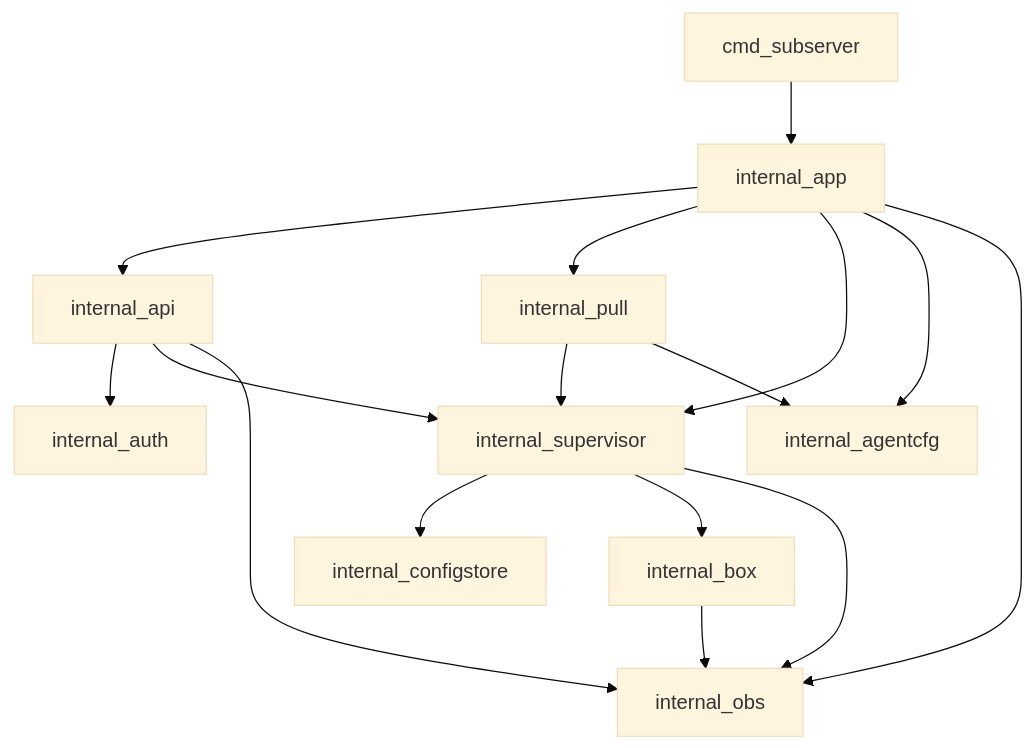
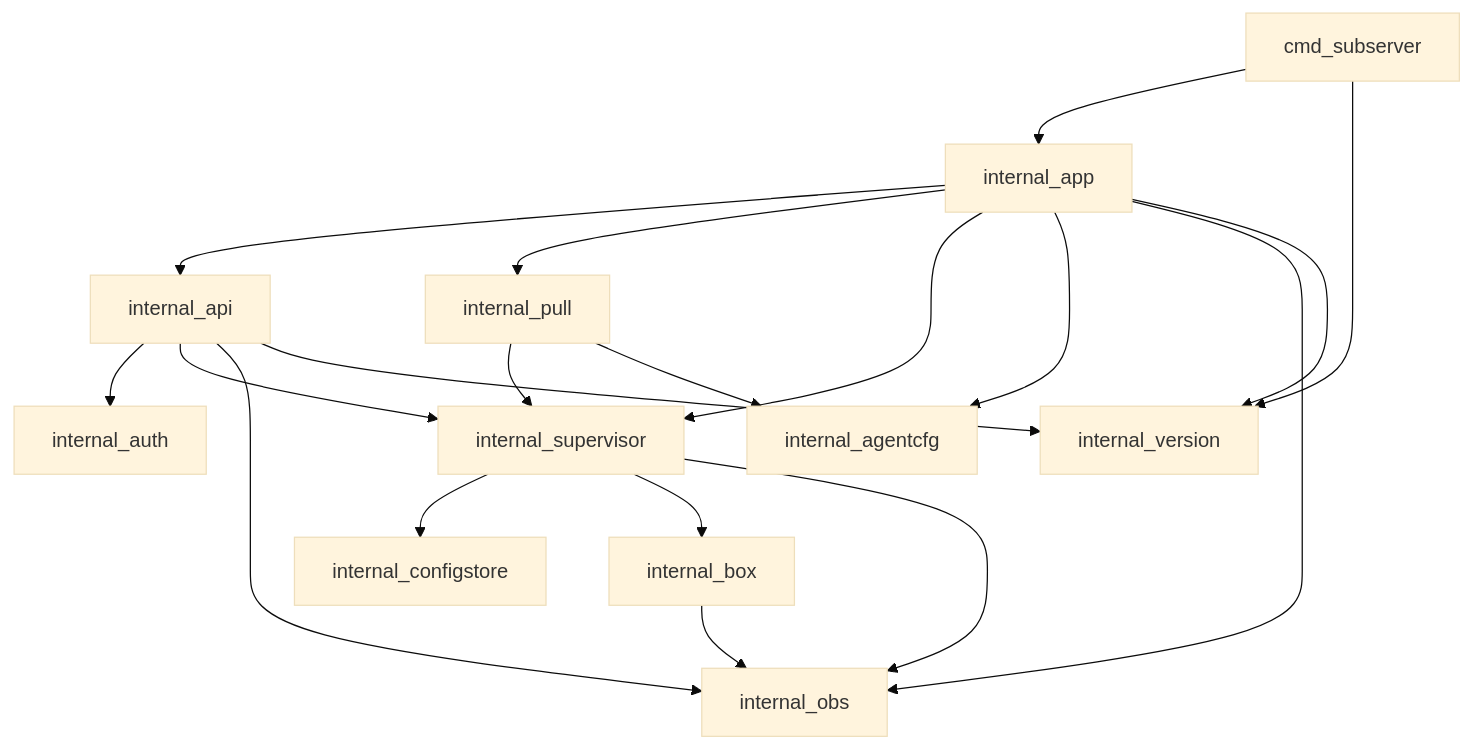
The diagram in docs/09-repo-layout.md (ne-tort/sing-box-subserver), drawn with Mermaid (base theme) before and after one commit. The commit also changed other lines of this file and 19 other files, not shown here.

````diff
--- a/docs/09-repo-layout.md
+++ b/docs/09-repo-layout.md
@@ -37,28 +40,32 @@
 ```mermaid
 flowchart TB
   cmd[cmd_subserver]
   app[internal_app]
   api[internal_api]
   auth[internal_auth]
   sup[internal_supervisor]
   store[internal_configstore]
   box[internal_box]
   pull[internal_pull]
   obs[internal_obs]
   cfg[internal_agentcfg]
+  ver[internal_version]
   cmd --> app
+  cmd --> ver
   app --> api
   app --> pull
   app --> sup
   app --> cfg
   app --> obs
+  app --> ver
   api --> auth
   api --> sup
   api --> obs
+  api --> ver
   pull --> sup
   pull --> cfg
   sup --> store
   sup --> box
   sup --> obs
   box --> obs
 ```
````
